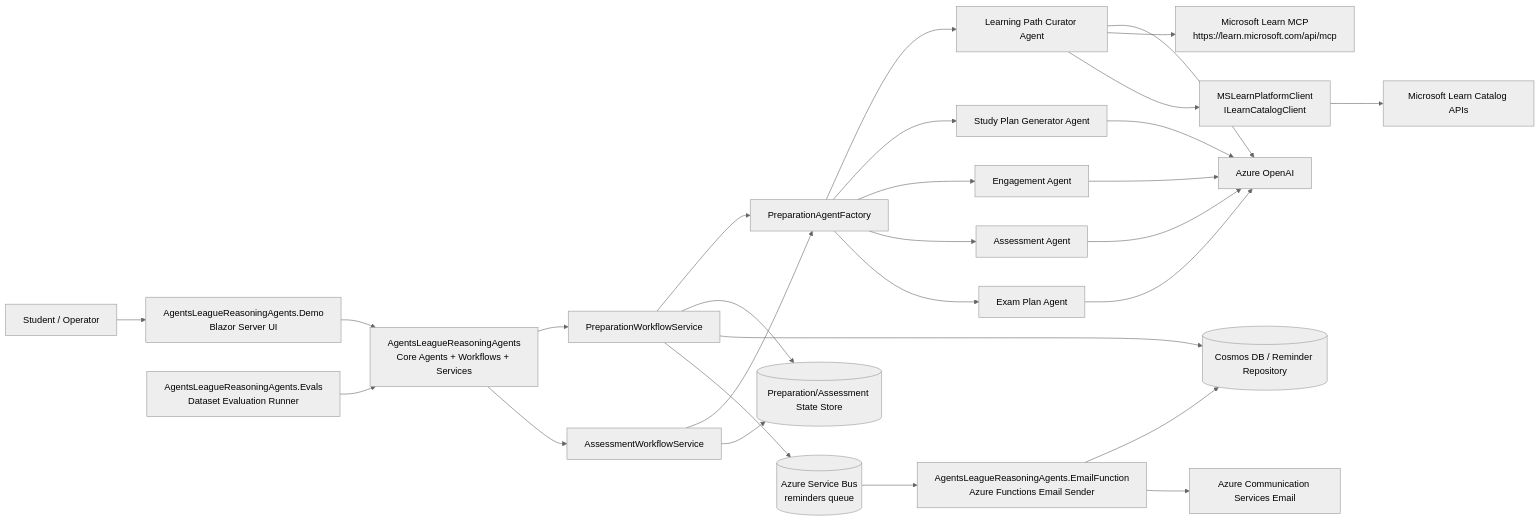
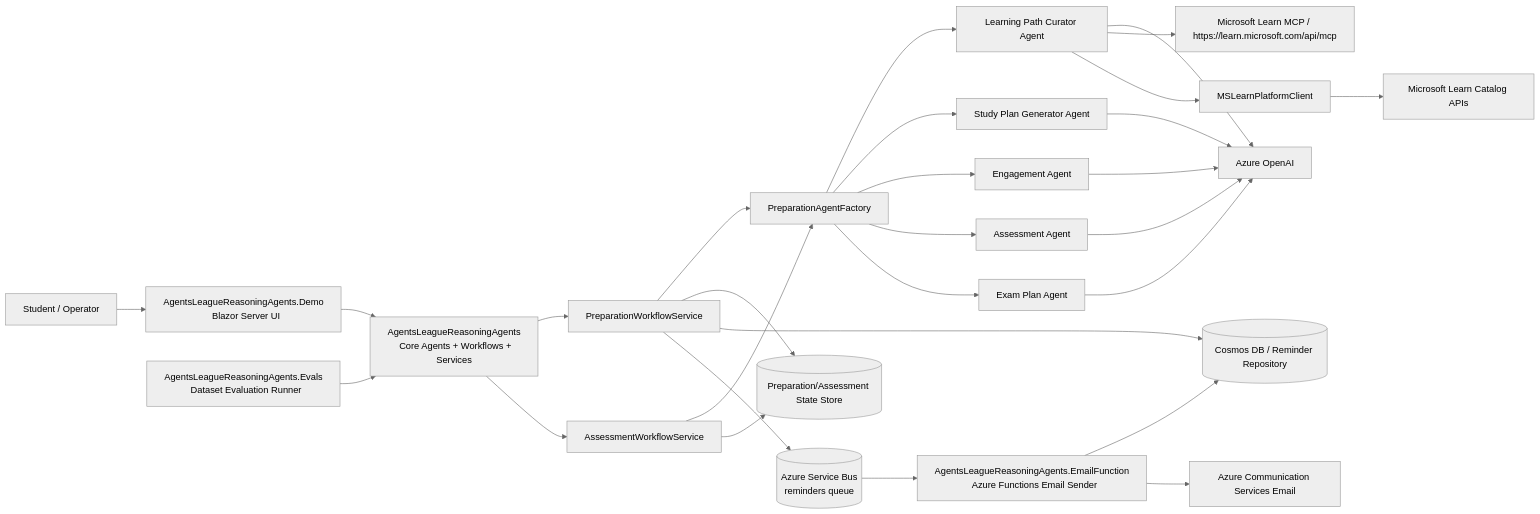
One commit to HillPhelmuth/AgentsLeagueReasoningAgents changed the diagram in SOLUTION_ARCHITECTURE.md. Above: the diagram before and after it, drawn with Mermaid (neutral theme). The commit also changed 10 other files, not shown here.

````diff
--- a/SOLUTION_ARCHITECTURE.md
+++ b/SOLUTION_ARCHITECTURE.md
@@ -3,72 +3,76 @@
 ```mermaid
 graph LR
   %% === Applications ===
   User[Student / Operator]
-  Demo[AgentsLeagueReasoningAgents.Demo\nBlazor Server UI]
-  Core[AgentsLeagueReasoningAgents\nCore Agents + Workflows + Services]
-  Evals[AgentsLeagueReasoningAgents.Evals\nDataset Evaluation Runner]
-  EmailFn[AgentsLeagueReasoningAgents.EmailFunction\nAzure Functions Email Sender]
+  Demo[AgentsLeagueReasoningAgents.Demo
+  Blazor Server UI]
+  Core[AgentsLeagueReasoningAgents
+  Core Agents + Workflows + Services]
+  Evals[AgentsLeagueReasoningAgents.Evals
+  Dataset Evaluation Runner]
+  EmailFn[AgentsLeagueReasoningAgents.EmailFunction
+  Azure Functions Email Sender]
 
   %% === Core internals ===
   PrepWF[PreparationWorkflowService]
   AssessWF[AssessmentWorkflowService]
   AgentFactory[PreparationAgentFactory]
   Curator[Learning Path Curator Agent]
   Planner[Study Plan Generator Agent]
   Engage[Engagement Agent]
   AssessAgent[Assessment Agent]
   ExamPlan[Exam Plan Agent]
 
   %% === Shared client/library ===
-  LearnClient[MSLearnPlatformClient\nILearnCatalogClient]
+  LearnClient[MSLearnPlatformClient]
 
   %% === Data & messaging ===
   StateStore[(Preparation/Assessment State Store)]
   ReminderRepo[(Cosmos DB / Reminder Repository)]
   ServiceBus[(Azure Service Bus\nreminders queue)]
 
   %% === External services ===
   AzureOpenAI[Azure OpenAI]
-  LearnMCP[Microsoft Learn MCP\nhttps://learn.microsoft.com/api/mcp]
+  LearnMCP[Microsoft Learn MCP / https://learn.microsoft.com/api/mcp]
   LearnCatalog[Microsoft Learn Catalog APIs]
   ACSEmail[Azure Communication Services Email]
 
   %% === User/app flow ===
   User --> Demo
   Demo --> Core
   Evals --> Core
 
   %% === Core orchestration ===
   Core --> PrepWF
   Core --> AssessWF
   PrepWF --> AgentFactory
   AssessWF --> AgentFactory
 
   AgentFactory --> Curator
   AgentFactory --> Planner
   AgentFactory --> Engage
   AgentFactory --> AssessAgent
   AgentFactory --> ExamPlan
 
   %% === Agent dependencies ===
   Curator --> AzureOpenAI
   Planner --> AzureOpenAI
   Engage --> AzureOpenAI
   AssessAgent --> AzureOpenAI
   ExamPlan --> AzureOpenAI
 
   Curator --> LearnMCP
   Curator --> LearnClient
   LearnClient --> LearnCatalog
 
   %% === Persistence/scheduling ===
   PrepWF --> StateStore
   AssessWF --> StateStore
   PrepWF --> ReminderRepo
   PrepWF --> ServiceBus
 
   %% === Reminder delivery path ===
   ServiceBus --> EmailFn
   EmailFn --> ReminderRepo
   EmailFn --> ACSEmail
 ```
````
